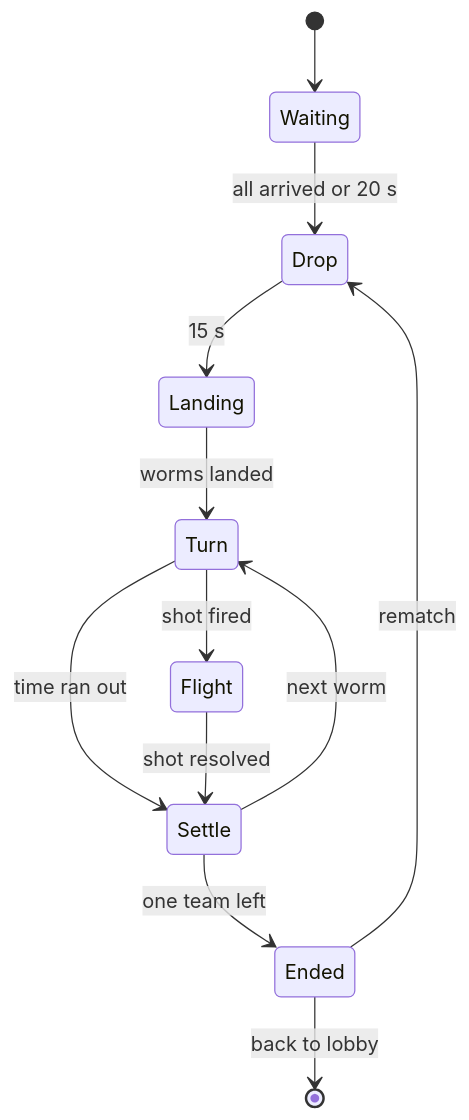
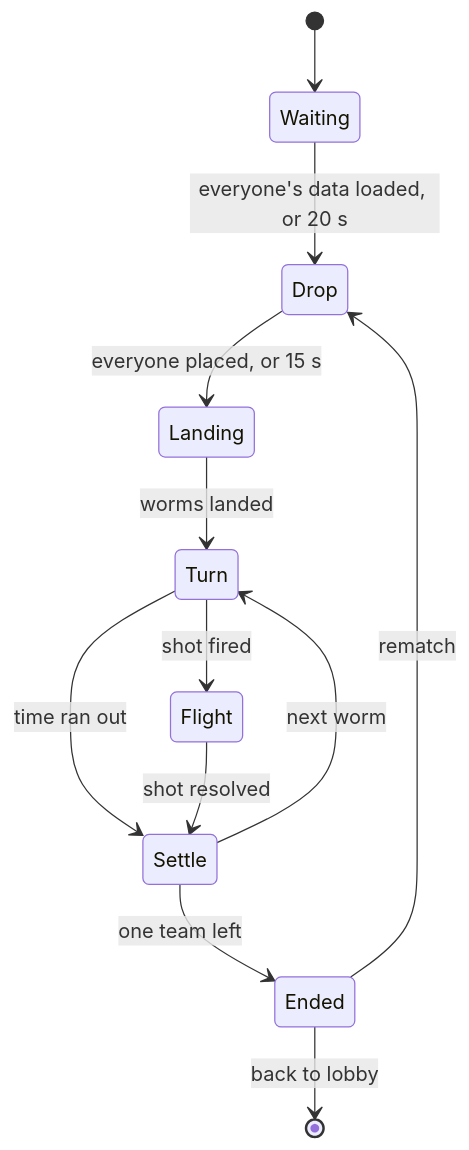
Before and after one commit to kuba-and-kacper-games-studios-poland/worm-battlegrounds: the diagram in wiki/pages/build/match-modules.md, drawn with Mermaid. The commit also changed other lines of this file and 91 other files, not shown here.

````diff
--- a/wiki/pages/build/match-modules.md
+++ b/wiki/pages/build/match-modules.md
@@ -231,14 +211,14 @@
 ```mermaid
 stateDiagram-v2
   [*] --> Waiting
-  Waiting --> Drop: all arrived or 20 s
-  Drop --> Landing: 15 s
+  Waiting --> Drop: everyone's data loaded, or 20 s
+  Drop --> Landing: everyone placed, or 15 s
   Landing --> Turn: worms landed
   Turn --> Flight: shot fired
   Turn --> Settle: time ran out
   Flight --> Settle: shot resolved
   Settle --> Turn: next worm
   Settle --> Ended: one team left
   Ended --> Drop: rematch
   Ended --> [*]: back to lobby
 ```
````
